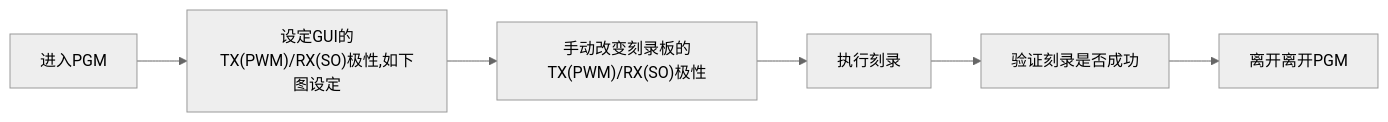
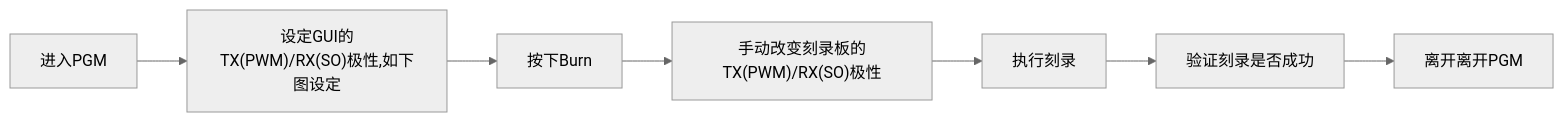
One commit to billwanggithub/MXXXX changed the diagram in README.md. Above: the diagram before and after it, drawn with Mermaid (neutral theme).

````diff
--- a/README.md
+++ b/README.md
@@ -50,8 +50,9 @@
 ```mermaid
 graph LR
     A[进入PGM] --> B["设定GUI的TX(PWM)/RX(SO)极性,如下图设定"]
-    B --> C["手动改变刻录板的TX(PWM)/RX(SO)极性"]
-    C --> D[执行刻录]
-    D --> E[验证刻录是否成功]
-    E --> F[离开离开PGM]
+    B --> C["按下Burn"]
+    C --> D["手动改变刻录板的TX(PWM)/RX(SO)极性"]
+    D --> E[执行刻录]
+    E --> F[验证刻录是否成功]
+    F --> G[离开离开PGM]
 ```
````
